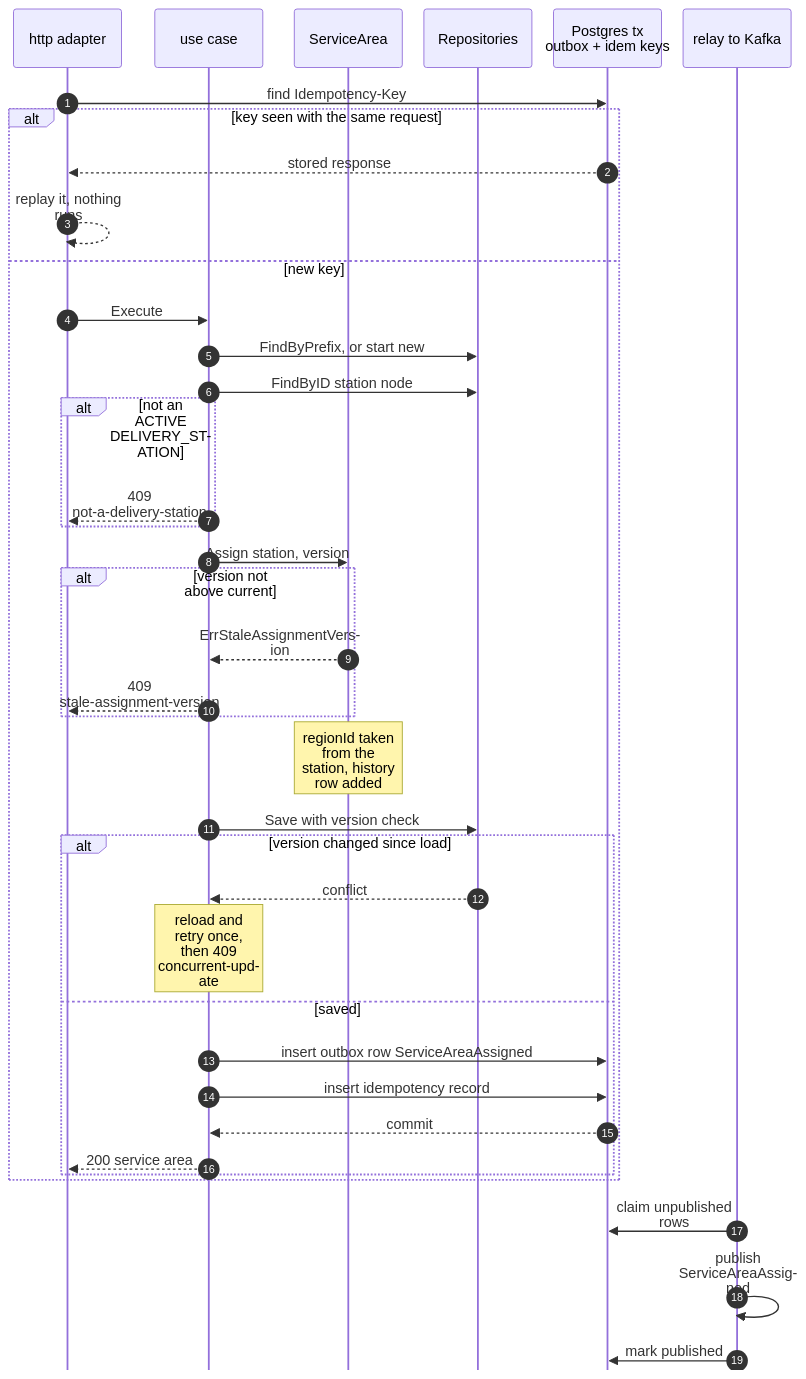
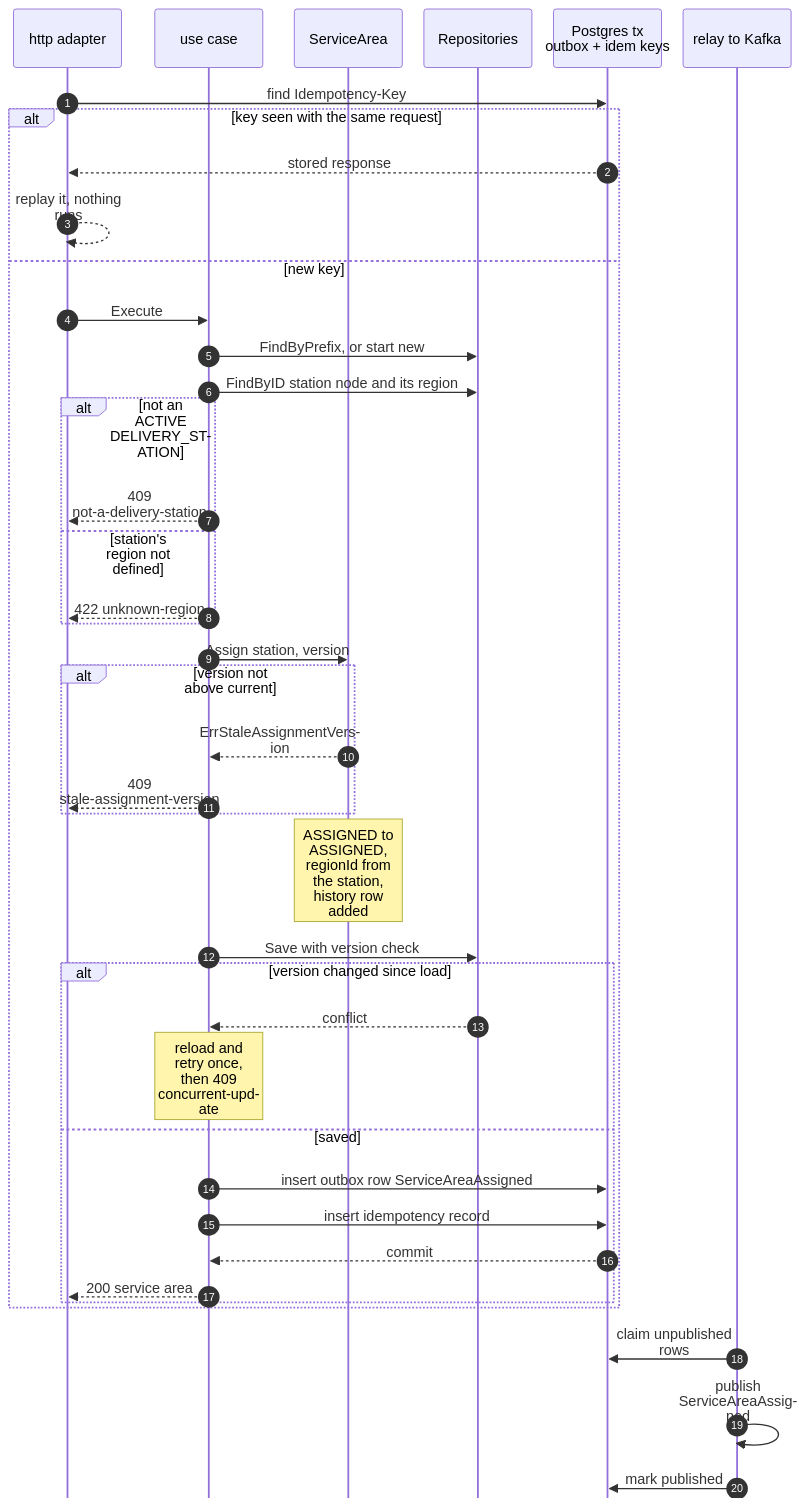
Before and after one commit to IQVO/warehouse-docs: the eighth of 9 diagrams in network/docs/contexts/node-topology/sequence-diagrams.md, drawn with Mermaid. The commit also changed other lines of this file and 125 other files, not shown here.

````diff
--- a/network/docs/contexts/node-topology/sequence-diagrams.md
+++ b/network/docs/contexts/node-topology/sequence-diagrams.md
@@ -399,42 +412,44 @@
 ```mermaid
 %%{init: {"sequence": {"wrap": true, "width": 120, "actorMargin": 24, "messageMargin": 28, "boxMargin": 6, "noteMargin": 6, "mirrorActors": false}}}%%
 sequenceDiagram
     autonumber
     participant H as http adapter
     participant UC as use case
     participant A as ServiceArea
     participant R as Repositories
     participant TX as Postgres tx<br/>outbox + idem keys
     participant K as relay to Kafka
     H->>TX: find Idempotency-Key
     alt key seen with the same request
         TX-->>H: stored response
         H-->>H: replay it, nothing runs
     else new key
         H->>UC: Execute
         UC->>R: FindByPrefix, or start new
-        UC->>R: FindByID station node
+        UC->>R: FindByID station node and its region
         alt not an ACTIVE DELIVERY_STATION
             UC-->>H: 409 not-a-delivery-station
+        else station's region not defined
+            UC-->>H: 422 unknown-region
         end
         UC->>A: Assign station, version
         alt version not above current
             A-->>UC: ErrStaleAssignmentVersion
             UC-->>H: 409 stale-assignment-version
         end
-        Note over A: regionId taken from the station, history row added
+        Note over A: ASSIGNED to ASSIGNED, regionId from the station, history row added
         UC->>R: Save with version check
         alt version changed since load
             R-->>UC: conflict
             Note over UC: reload and retry once, then 409 concurrent-update
         else saved
             UC->>TX: insert outbox row ServiceAreaAssigned
             UC->>TX: insert idempotency record
             TX-->>UC: commit
             UC-->>H: 200 service area
         end
     end
     K->>TX: claim unpublished rows
     K->>K: publish ServiceAreaAssigned
     K->>TX: mark published
 ```
````
